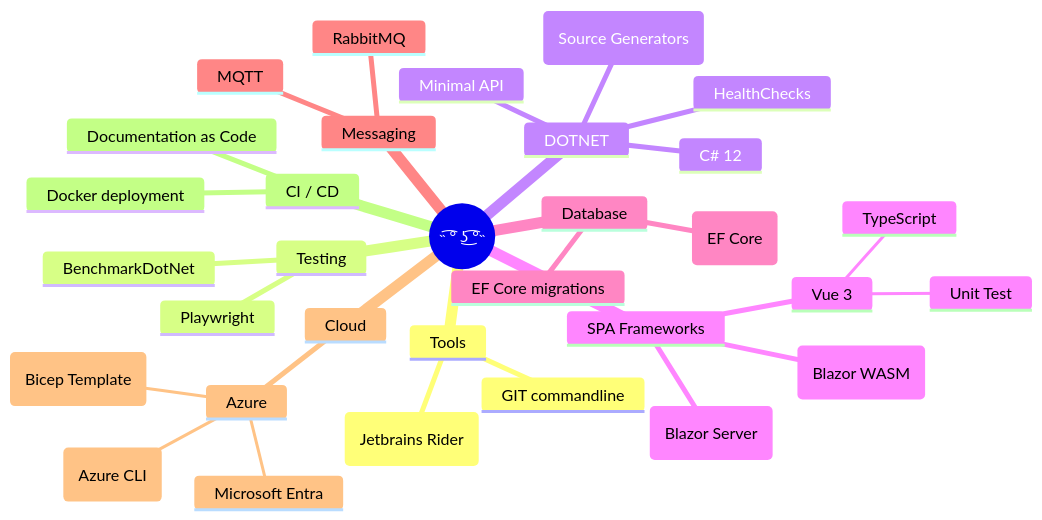
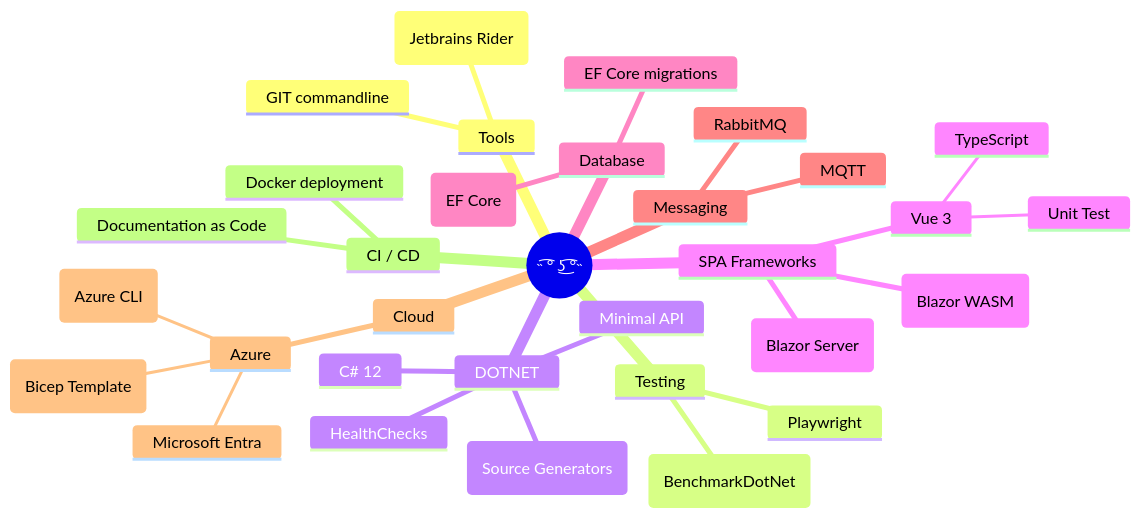
One commit to renevdhoek/renevdhoek changed the second of 3 diagrams in README.md. Above: the diagram before and after it, drawn with Mermaid.

````diff
--- a/README.md
+++ b/README.md
@@ -14,35 +14,35 @@
 ```mermaid
 mindmap
   ((˵ ͡° ͜ʖ ͡°˵))    
     Tools      
         GIT commandline
         (Jetbrains Rider)
     Testing
       Playwright
-      BenchmarkDotNet
+      (BenchmarkDotNet)
     DOTNET
       C# 12
       HealthChecks
       (Source Generators)      
       Minimal API    
     SPA Frameworks
       Vue 3
         Unit Test
         TypeScript
       (Blazor Server)
       (Blazor WASM)
     Database
       EF Core migrations
       (EF Core)
     Messaging
       MQTT
       RabbitMQ
     Cloud
       Azure
         Microsoft Entra
         (Bicep Template)
         (Azure CLI)
     CI / CD
       Docker deployment
       Documentation as Code
 ```
````
